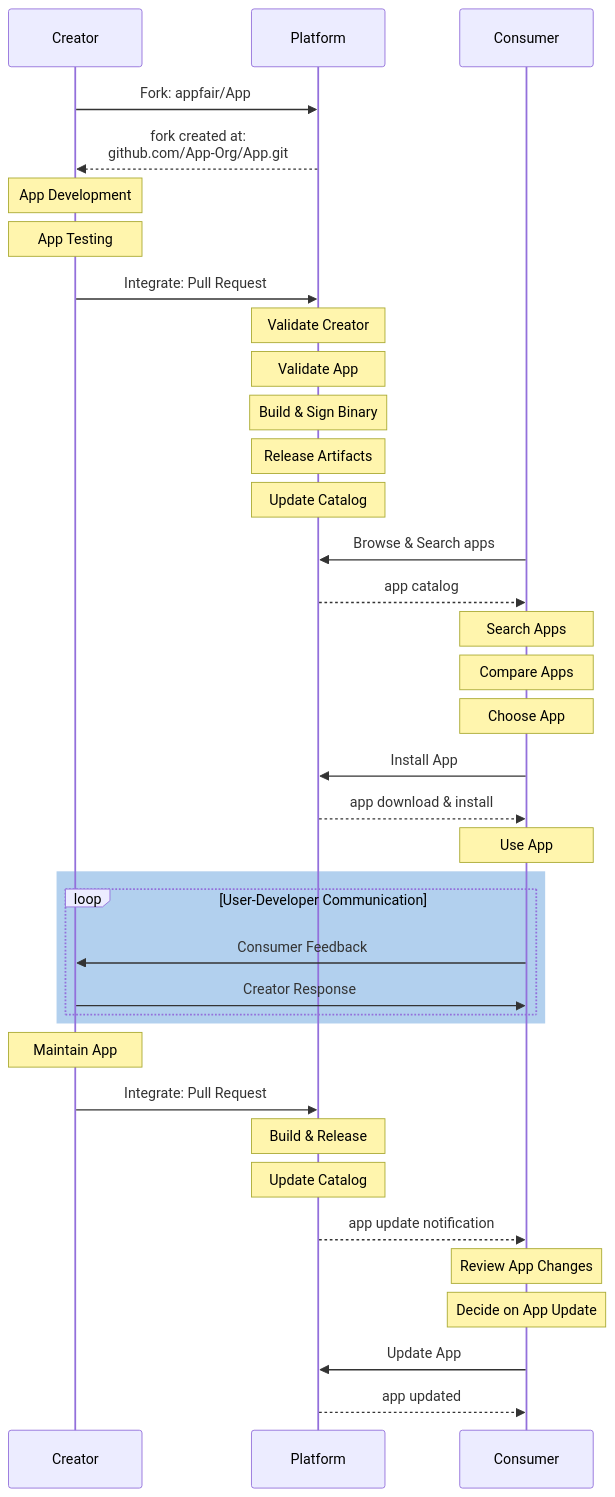
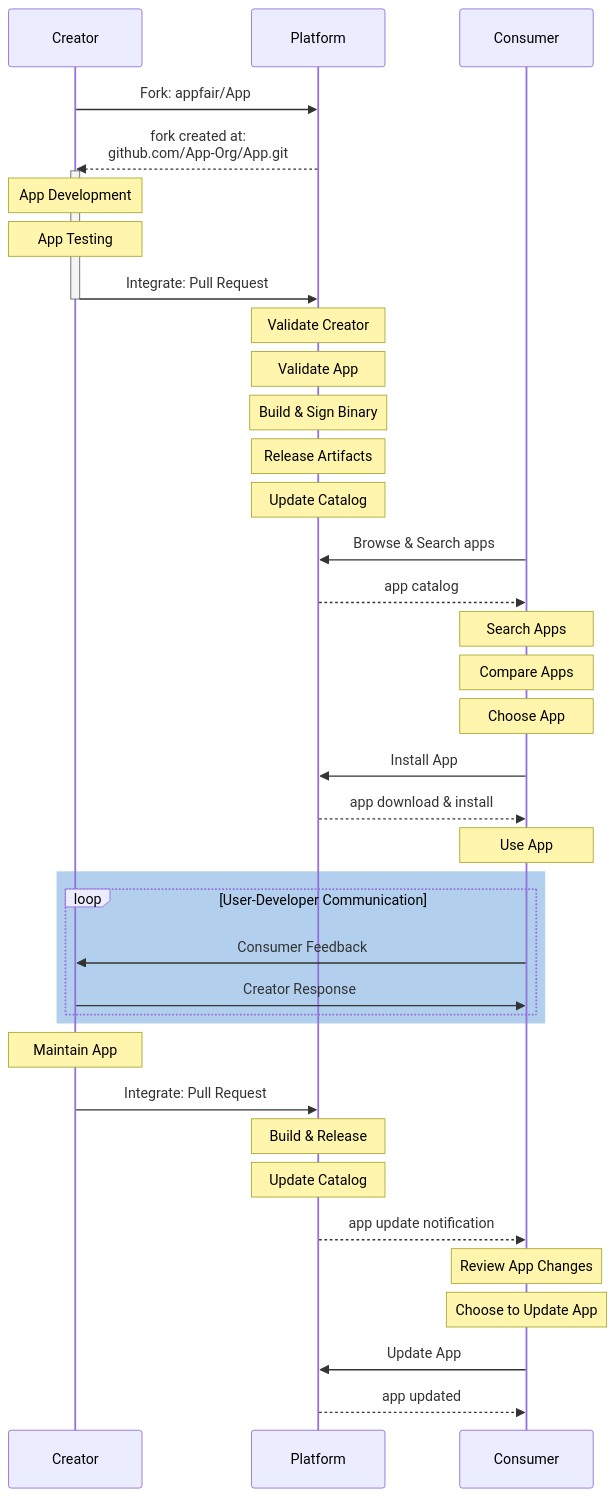
Before and after one commit to emilypx/appfair.github.io: the diagram in assets/fairground.mmd, drawn with Mermaid. The commit also changed 2 other files, not shown here.

```diff
--- a/assets/fairground.mmd
+++ b/assets/fairground.mmd
@@ -1,37 +1,39 @@
 sequenceDiagram
     %% see: https://mermaid-js.github.io/mermaid/#/sequenceDiagram
     Creator->>Platform: Fork: appfair/App
     Platform-->>Creator: fork created at:<br />github.com/App-Org/App.git
+    activate Creator
     Note over Creator: App Development
     Note over Creator: App Testing
     Creator->>Platform: Integrate: Pull Request
+    deactivate Creator
     Note over Platform: Validate Creator
     Note over Platform: Validate App
     Note over Platform: Build & Sign Binary
     Note over Platform: Release Artifacts
     Note over Platform: Update Catalog
     Consumer->>Platform: Browse & Search apps
     Platform-->>Consumer: app catalog
     Note over Consumer: Search Apps
     Note over Consumer: Compare Apps
     Note over Consumer: Choose App
     Consumer->>Platform: Install App
     Platform-->>Consumer: app download & install
     Note over Consumer: Use App
 
     rect rgb(0, 100, 200, 0.3)
         loop User-Developer Communication
             Consumer->>Creator: Consumer Feedback
             Creator->>Consumer: Creator Response
         end
     end
 
     Note over Creator: Maintain App
     Creator->>Platform: Integrate: Pull Request
     Note over Platform: Build & Release
     Note over Platform: Update Catalog
     Platform-->>Consumer: app update notification
     Note over Consumer: Review App Changes
-    Note over Consumer: Decide on App Update
+    Note over Consumer: Choose to Update App
     Consumer->>Platform: Update App
     Platform-->>Consumer: app updated
```
